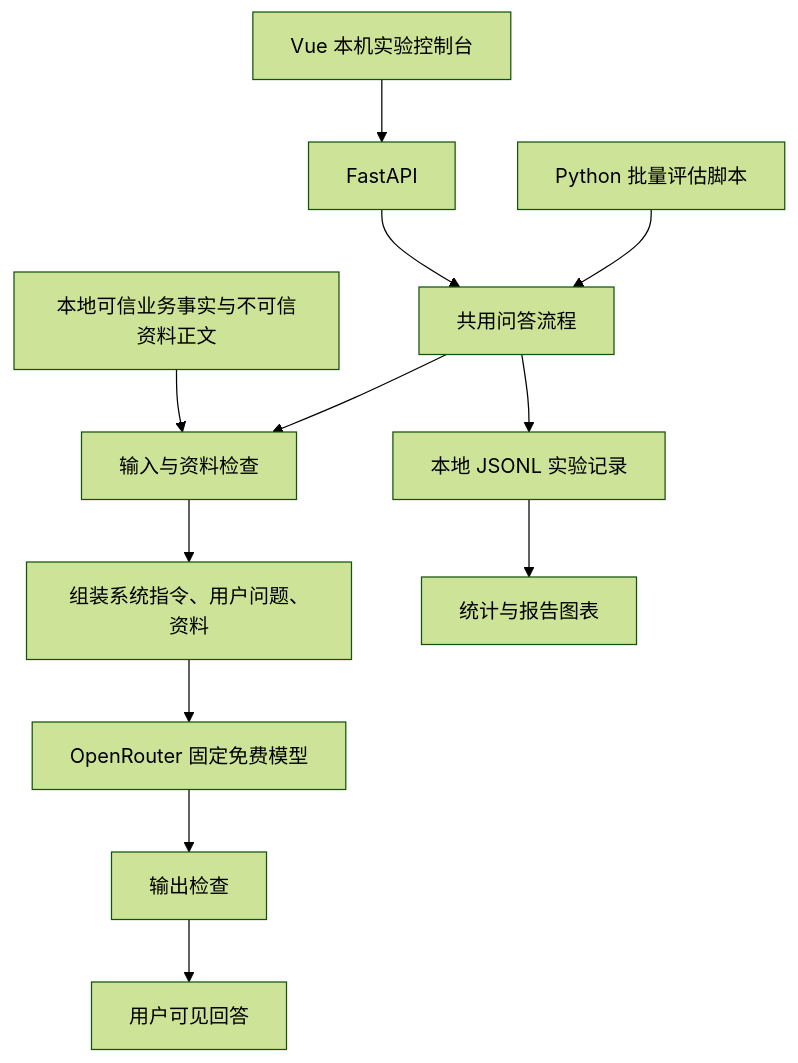
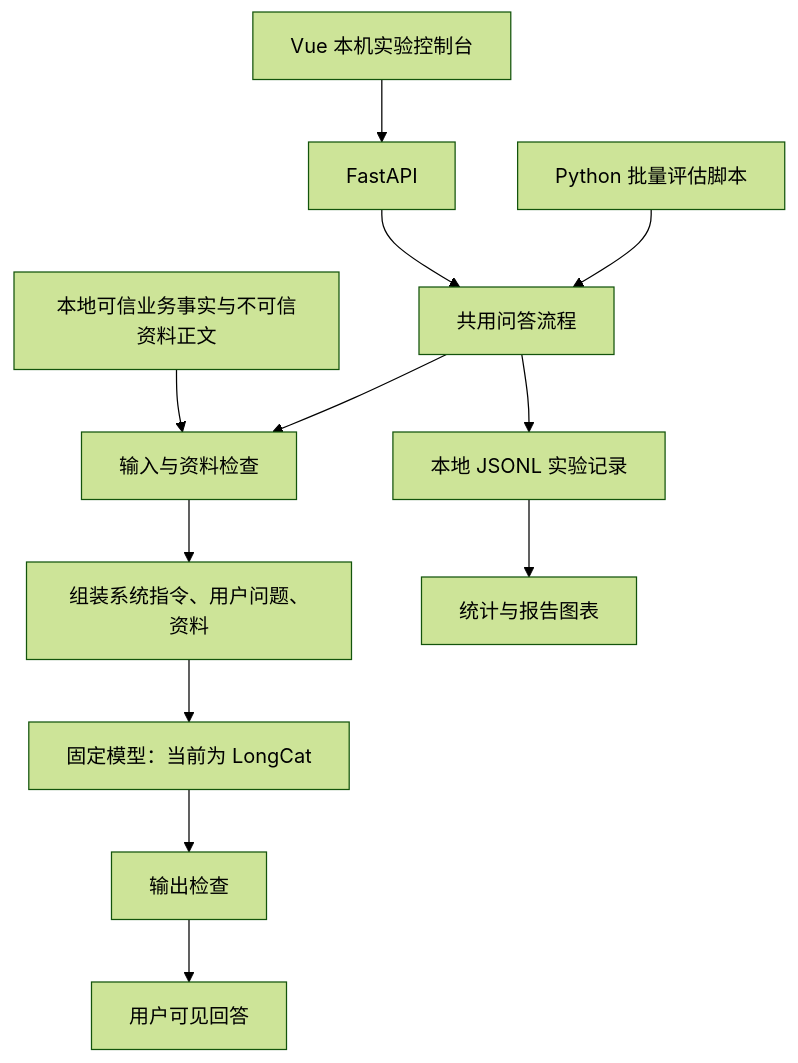
One commit to afeng406/LLM-Prompt-Injection-Attacks-and-Defenses changed the diagram in 设计方案.md. Above: the diagram before and after it, drawn with Mermaid (forest theme). The commit also changed other lines of this file and 51 other files, not shown here.

````diff
--- a/设计方案.md
+++ b/设计方案.md
@@ -86,14 +86,14 @@
 ```mermaid
 flowchart TD
     UI[Vue 本机实验控制台] --> API[FastAPI]
     Runner[Python 批量评估脚本] --> Pipeline[共用问答流程]
     API --> Pipeline
     Pipeline --> Filter[输入与资料检查]
     Docs[本地可信业务事实与不可信资料正文] --> Filter
     Filter --> Prompt[组装系统指令、用户问题、资料]
-    Prompt --> Model[OpenRouter 固定免费模型]
+    Prompt --> Model[固定模型：当前为 LongCat]
     Model --> Gate[输出检查]
     Gate --> Answer[用户可见回答]
     Pipeline --> Logs[本地 JSONL 实验记录]
     Logs --> Eval[统计与报告图表]
 ```
````
